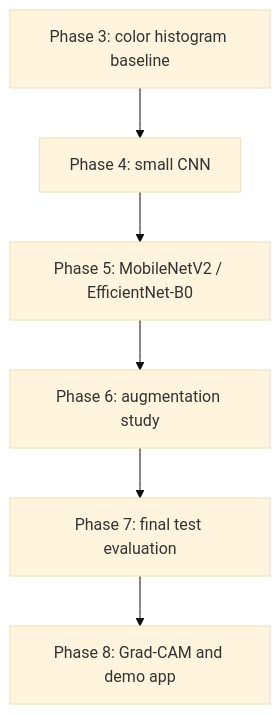
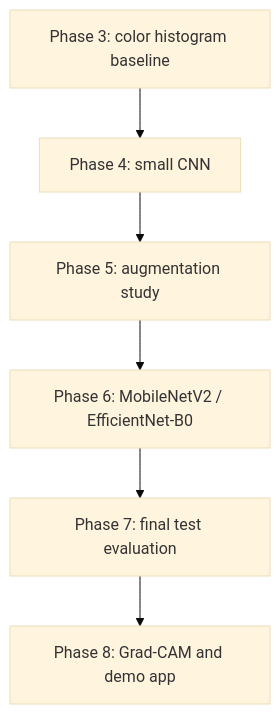
Before and after one commit to cepdnaclk/e22-co5430-waste-image-classification: the second of 2 diagrams in README.md, drawn with Mermaid (base theme). The commit also changed other lines of this file and 14 other files, not shown here.

Commit message:
Run augmentation study

````diff
--- a/README.md
+++ b/README.md
@@ -70,8 +72,8 @@
 ```mermaid
 flowchart TD
     A["Phase 3: color histogram baseline"] --> B["Phase 4: small CNN"]
-    B --> C["Phase 5: MobileNetV2 / EfficientNet-B0"]
-    C --> D["Phase 6: augmentation study"]
+    B --> C["Phase 5: augmentation study"]
+    C --> D["Phase 6: MobileNetV2 / EfficientNet-B0"]
     D --> E["Phase 7: final test evaluation"]
     E --> F["Phase 8: Grad-CAM and demo app"]
 ```
````
